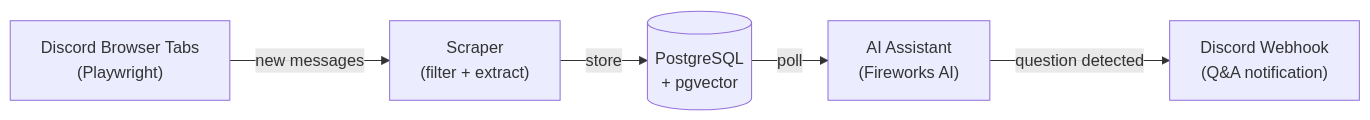
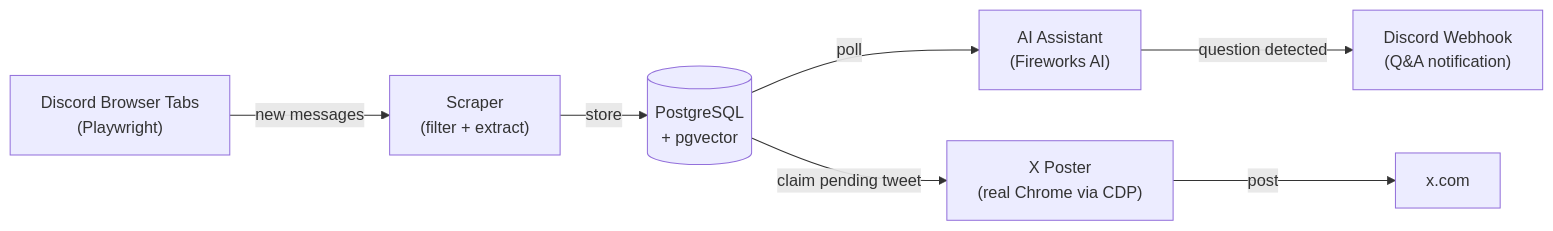
One commit to archlab-space/multi-tab-listening changed the diagram in README.md. Above: the diagram before and after it, drawn with Mermaid. The commit also changed other lines of this file and 15 other files, not shown here.

````diff
--- a/README.md
+++ b/README.md
@@ -20,7 +21,9 @@
 ```mermaid
 flowchart LR
     A["Discord Browser Tabs\n(Playwright)"] -->|"new messages"| B["Scraper\n(filter + extract)"]
     B -->|store| C[("PostgreSQL\n+ pgvector")]
     C -->|poll| D["AI Assistant\n(Fireworks AI)"]
     D -->|"question detected"| E["Discord Webhook\n(Q&A notification)"]
+    C -->|"claim pending tweet"| F["X Poster\n(real Chrome via CDP)"]
+    F -->|post| G["x.com"]
 ```
````
